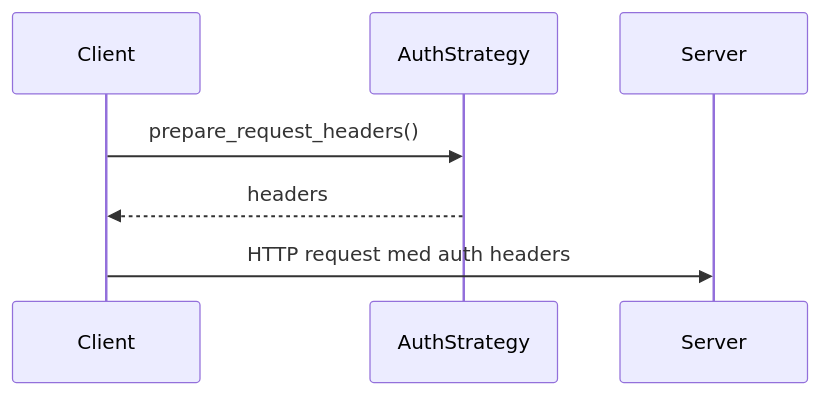
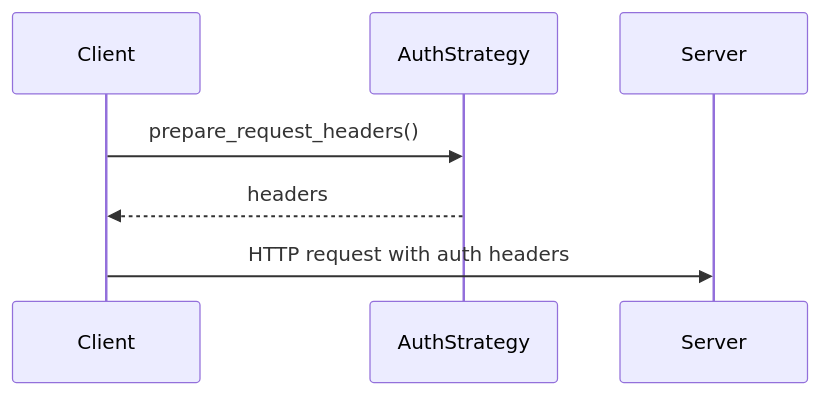
Before and after one commit to Leikaab/apiconfig: the diagram in apiconfig/auth/strategies/README.md, drawn with Mermaid. The commit also changed other lines of this file, not shown here.

````diff
--- a/apiconfig/auth/strategies/README.md
+++ b/apiconfig/auth/strategies/README.md
@@ -57,8 +59,8 @@
 ```mermaid
 sequenceDiagram
     participant Client
     participant Strategy as AuthStrategy
     Client->>Strategy: prepare_request_headers()
     Strategy-->>Client: headers
-    Client->>Server: HTTP request med auth headers
+    Client->>Server: HTTP request with auth headers
 ```
````
